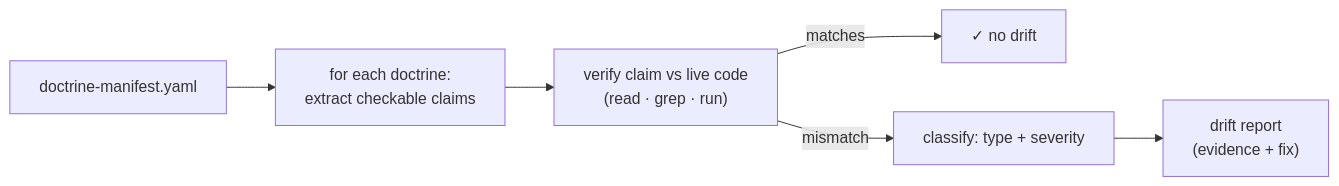
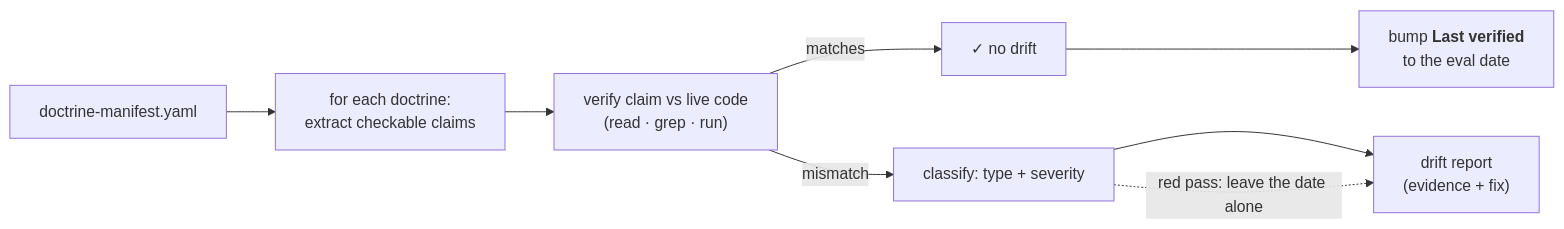
One commit to metalogica/substrate changed the third of 3 diagrams in references/docs-core/docs/doctrine/agents-doctrine.md. Above: the diagram before and after it, drawn with Mermaid. The commit also changed other lines of this file and 21 other files, not shown here.

````diff
--- a/references/docs-core/docs/doctrine/agents-doctrine.md
+++ b/references/docs-core/docs/doctrine/agents-doctrine.md
@@ -220,8 +336,10 @@
 ```mermaid
 flowchart LR
   M["doctrine-manifest.yaml"] --> E["for each doctrine:<br/>extract checkable claims"]
   E --> V["verify claim vs live code<br/>(read · grep · run)"]
   V -->|matches| OK["✓ no drift"]
   V -->|mismatch| D["classify: type + severity"]
   D --> R["drift report<br/>(evidence + fix)"]
+  OK --> B["bump <b>Last verified</b><br/>to the eval date"]
+  D -.->|red pass: leave the date alone| R
 ```
````
